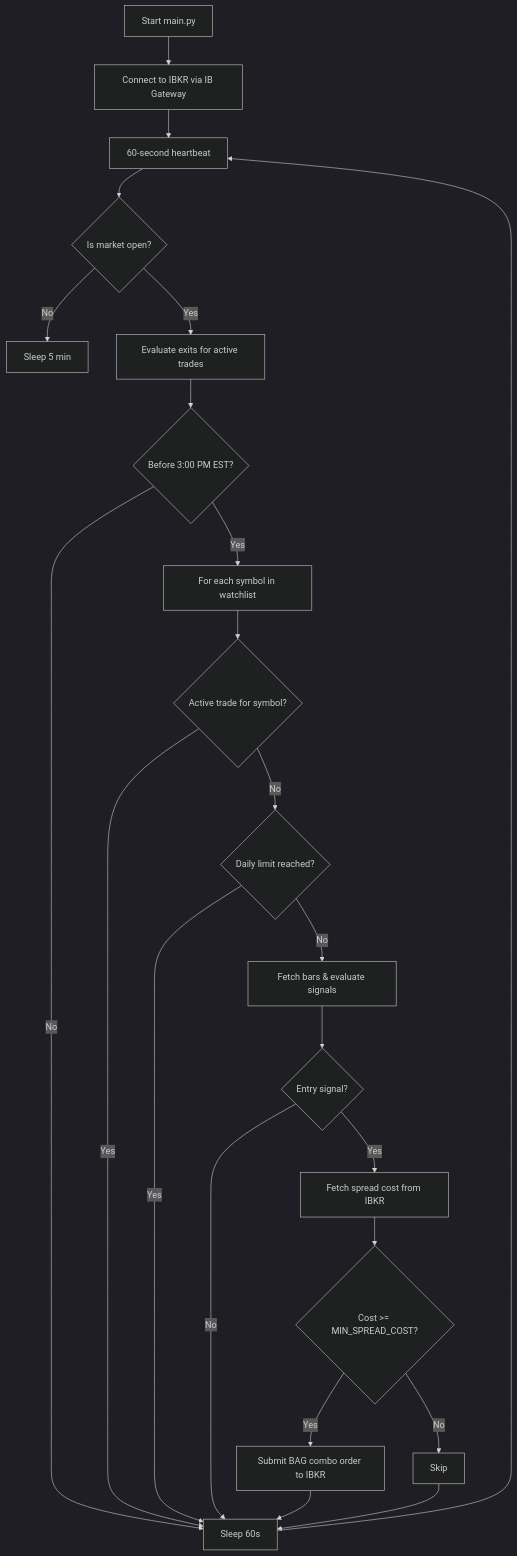
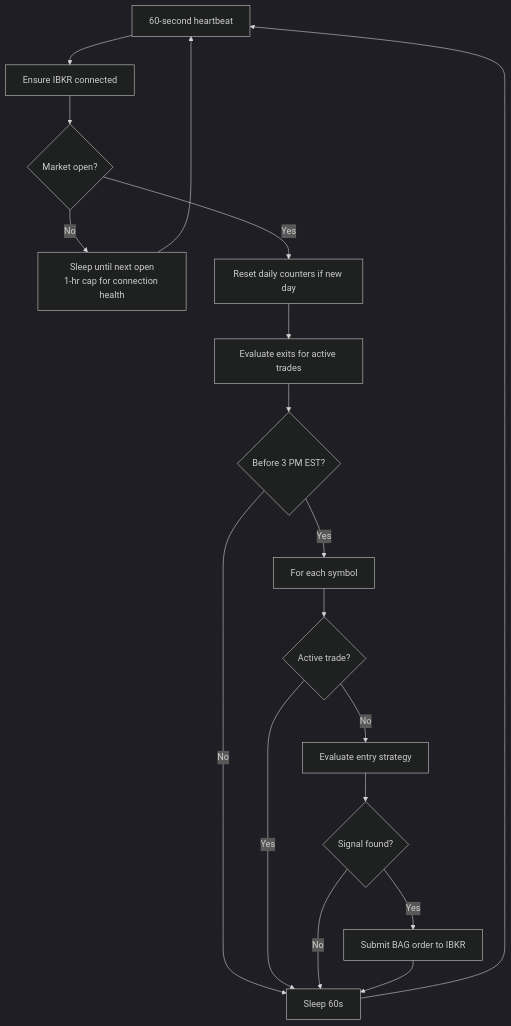
Before and after one commit to rakeshnemani/0dte: the first of 2 diagrams in docs/HOW_IT_WORKS.md, drawn with Mermaid (dark theme). The commit also changed other lines of this file and 3 other files, not shown here.

````diff
--- a/docs/HOW_IT_WORKS.md
+++ b/docs/HOW_IT_WORKS.md
@@ -20,25 +44,20 @@
 ```mermaid
 graph TD
-    Start[Start main.py] --> Init[Connect to IBKR via IB Gateway]
-    Init --> Loop[60-second heartbeat]
-    Loop --> MarketCheck{Is market open?}
-    MarketCheck -- No --> Sleep[Sleep 5 min]
-    MarketCheck -- Yes --> ExitCheck[Evaluate exits for active trades]
-    ExitCheck --> TimeCheck{Before 3:00 PM EST?}
-    TimeCheck -- No --> Sleep2[Sleep 60s]
-    TimeCheck -- Yes --> ForEach[For each symbol in watchlist]
-    ForEach --> HasTrade{Active trade for symbol?}
-    HasTrade -- Yes --> Sleep2
-    HasTrade -- No --> DailyCheck{Daily limit reached?}
-    DailyCheck -- Yes --> Sleep2
-    DailyCheck -- No --> Scan[Fetch bars & evaluate signals]
-    Scan --> SignalFound{Entry signal?}
-    SignalFound -- No --> Sleep2
-    SignalFound -- Yes --> FetchSpread[Fetch spread cost from IBKR]
-    FetchSpread --> CostCheck{Cost >= MIN_SPREAD_COST?}
-    CostCheck -- No --> Skip[Skip]
-    CostCheck -- Yes --> Execute[Submit BAG combo order to IBKR]
-    Execute --> Sleep2
-    Skip --> Sleep2
-    Sleep2 --> Loop
+    Loop[60-second heartbeat] --> Conn[Ensure IBKR connected]
+    Conn --> MktCheck{Market open?}
+    MktCheck -- No --> SmartSleep[Sleep until next open\n1-hr cap for connection health]
+    SmartSleep --> Loop
+    MktCheck -- Yes --> Reset[Reset daily counters if new day]
+    Reset --> Exits[Evaluate exits for active trades]
+    Exits --> Window{Before 3 PM EST?}
+    Window -- No --> Sleep[Sleep 60s]
+    Window -- Yes --> ForEach[For each symbol]
+    ForEach --> HasTrade{Active trade?}
+    HasTrade -- Yes --> Sleep
+    HasTrade -- No --> Scan[Evaluate entry strategy]
+    Scan --> Signal{Signal found?}
+    Signal -- No --> Sleep
+    Signal -- Yes --> Execute[Submit BAG order to IBKR]
+    Execute --> Sleep
+    Sleep --> Loop
 ```
````
